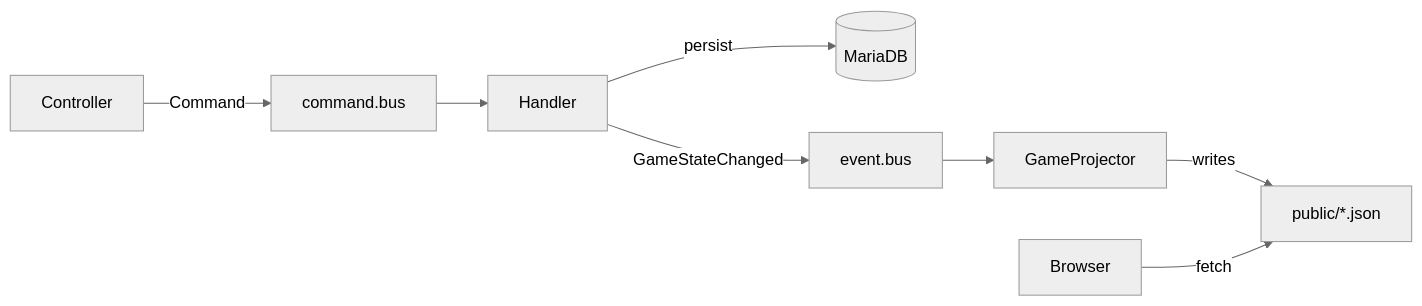
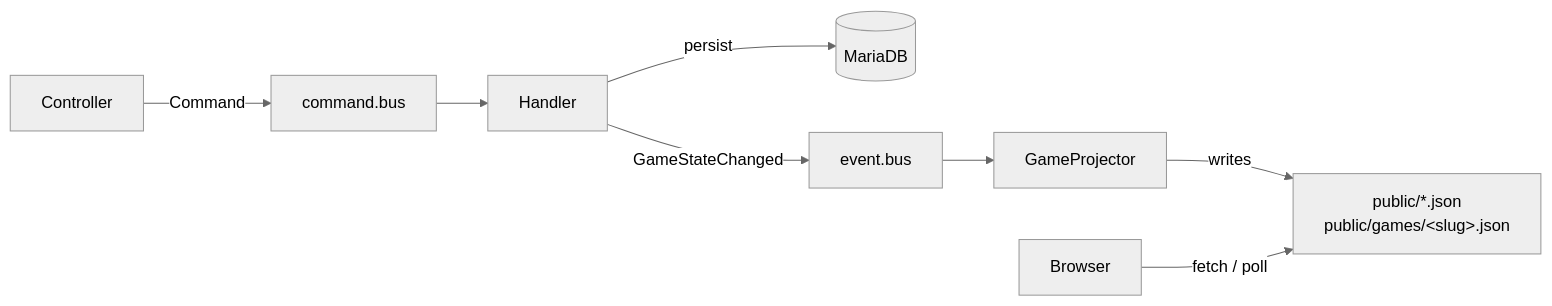
The diagram in README.md (muex/tickerly-messenger), drawn with Mermaid (neutral theme) before and after one commit. The commit also changed other lines of this file and 20 other files, not shown here.

````diff
--- a/README.md
+++ b/README.md
@@ -29,10 +29,10 @@
 ```mermaid
 flowchart LR
     C[Controller] -->|Command| CB[command.bus]
     CB --> H[Handler]
     H -->|persist| DB[(MariaDB)]
     H -->|GameStateChanged| EB[event.bus]
     EB --> P[GameProjector]
-    P -->|writes| J["public/*.json"]
-    B[Browser] -->|fetch| J
+    P -->|writes| J["public/*.json<br>public/games/&lt;slug&gt;.json"]
+    B[Browser] -->|fetch / poll| J
 ```
````
